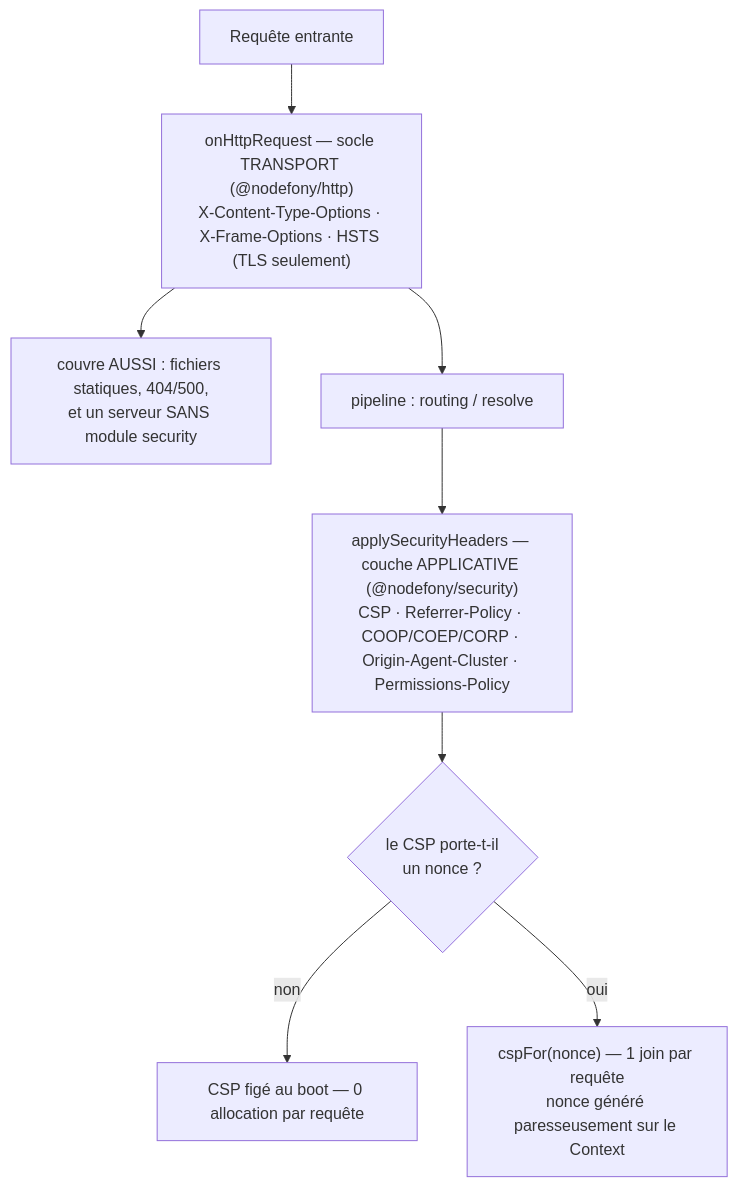
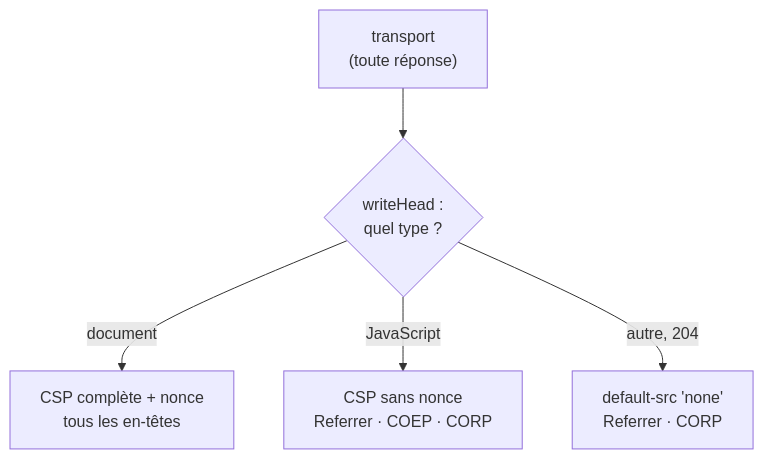
Before and after one commit to nodefony/nodefony-core: the diagram in src/packages/@nodefony/security/docs/headers.md, drawn with Mermaid. The commit also changed other lines of this file and 1 other file, not shown here.

First line of the commit message:
docs(security): portée de la politique de contenu, COOP/COEP/CORP expliqués

````diff
--- a/src/packages/@nodefony/security/docs/headers.md
+++ b/src/packages/@nodefony/security/docs/headers.md
@@ -57,10 +58,7 @@
 ```mermaid
 flowchart TD
-  RAW["Requête entrante"] --> T["onHttpRequest — socle TRANSPORT (@nodefony/http)<br/>X-Content-Type-Options · X-Frame-Options · HSTS (TLS seulement)"]
-  T --> COV["couvre AUSSI : fichiers statiques, 404/500,<br/>et un serveur SANS module security"]
-  T --> PIPE["pipeline : routing / resolve"]
-  PIPE --> A["applySecurityHeaders — couche APPLICATIVE (@nodefony/security)<br/>CSP · Referrer-Policy · COOP/COEP/CORP · Origin-Agent-Cluster · Permissions-Policy"]
-  A --> CSPQ{"le CSP porte-t-il<br/>un nonce ?"}
-  CSPQ -->|non| STAT["CSP figé au boot — 0 allocation par requête"]
-  CSPQ -->|oui| NONCE["cspFor(nonce) — 1 join par requête<br/>nonce généré paresseusement sur le Context"]
+  T["transport<br/>(toute réponse)"] --> W{"writeHead :<br/>quel type ?"}
+  W -->|document| DOC["CSP complète + nonce<br/>tous les en-têtes"]
+  W -->|JavaScript| JS["CSP sans nonce<br/>Referrer · COEP · CORP"]
+  W -->|autre, 204| OTH["default-src 'none'<br/>Referrer · CORP"]
 ```
````
